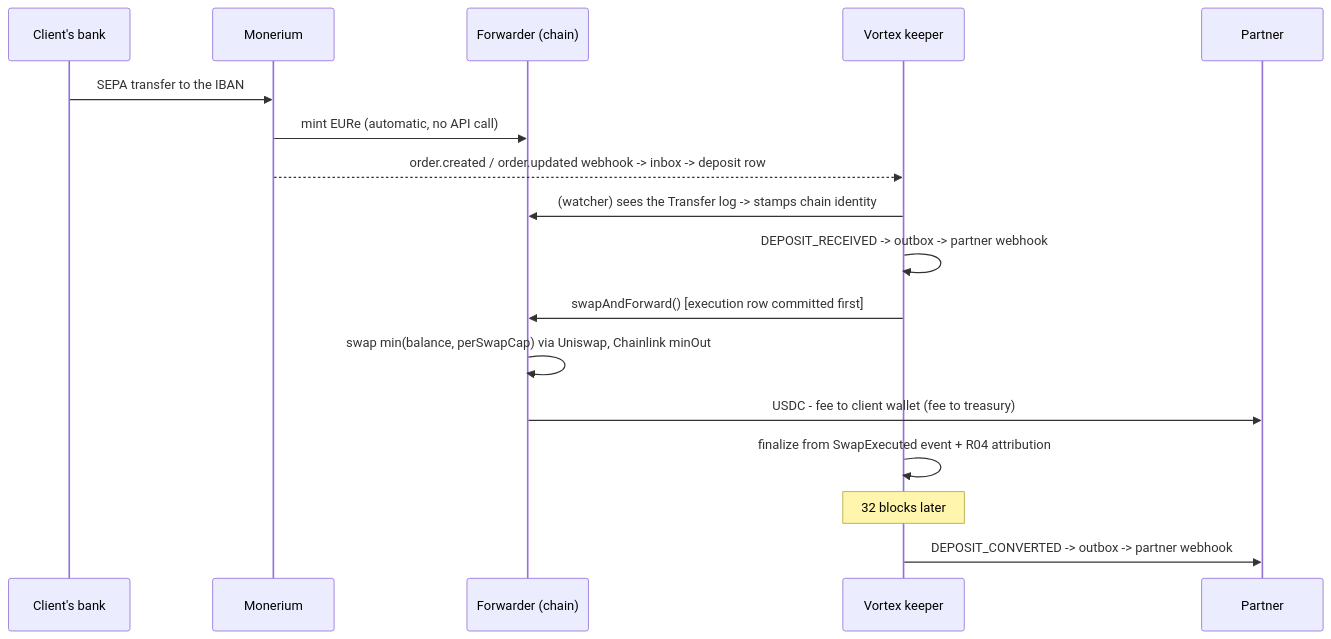
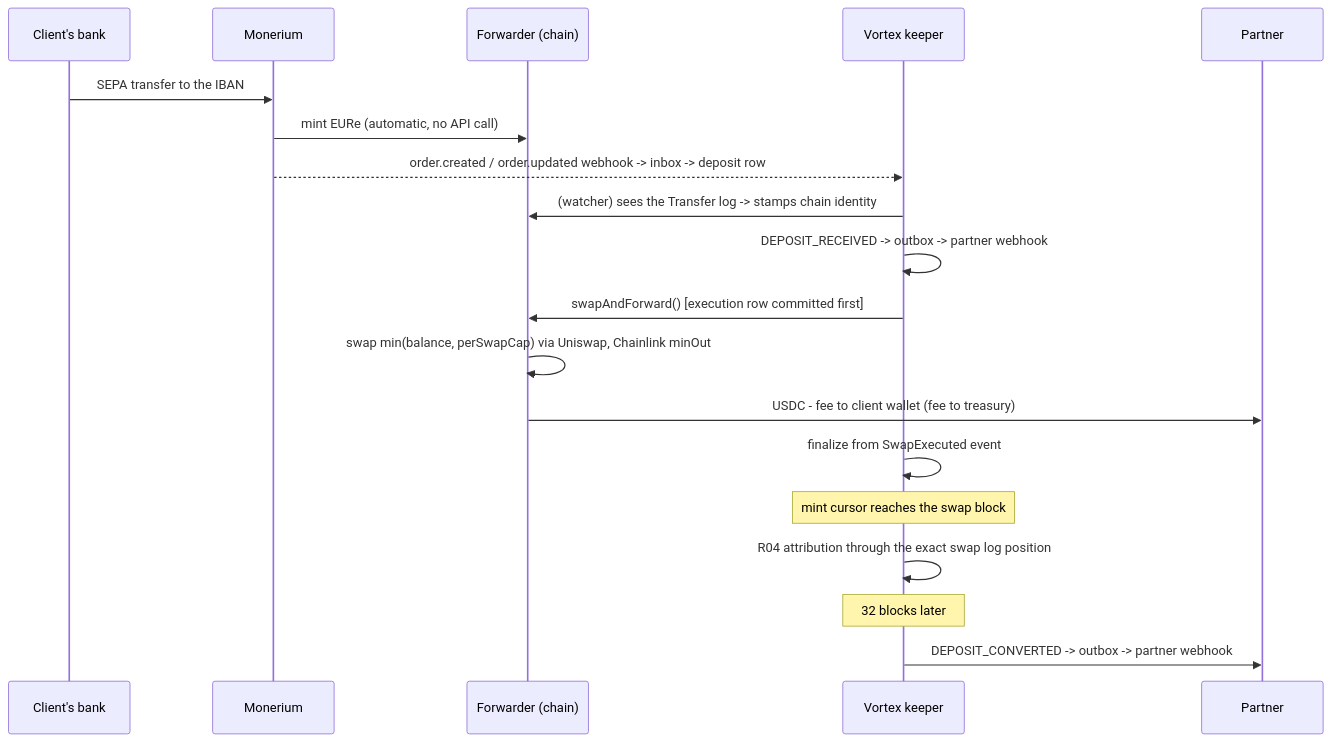
The third of 8 diagrams in docs/architecture-monerium-b2b-onramp.md (pendulum-chain/vortex), drawn with Mermaid before and after one commit. The commit also changed other lines of this file and 52 other files, not shown here.

````diff
--- a/docs/architecture-monerium-b2b-onramp.md
+++ b/docs/architecture-monerium-b2b-onramp.md
@@ -123,20 +130,22 @@
 ```mermaid
 sequenceDiagram
     participant B as Client's bank
     participant M as Monerium
     participant F as Forwarder (chain)
     participant V as Vortex keeper
     participant P as Partner
 
     B->>M: SEPA transfer to the IBAN
     M->>F: mint EURe (automatic, no API call)
     M-->>V: order.created / order.updated webhook -> inbox -> deposit row
     V->>F: (watcher) sees the Transfer log -> stamps chain identity
     V->>V: DEPOSIT_RECEIVED -> outbox -> partner webhook
     V->>F: swapAndForward()  [execution row committed first]
     F->>F: swap min(balance, perSwapCap) via Uniswap, Chainlink minOut
     F->>P: USDC - fee to client wallet (fee to treasury)
-    V->>V: finalize from SwapExecuted event + R04 attribution
+    V->>V: finalize from SwapExecuted event
+    Note over V: mint cursor reaches the swap block
+    V->>V: R04 attribution through the exact swap log position
     Note over V: 32 blocks later
     V->>P: DEPOSIT_CONVERTED -> outbox -> partner webhook
 ```
````
